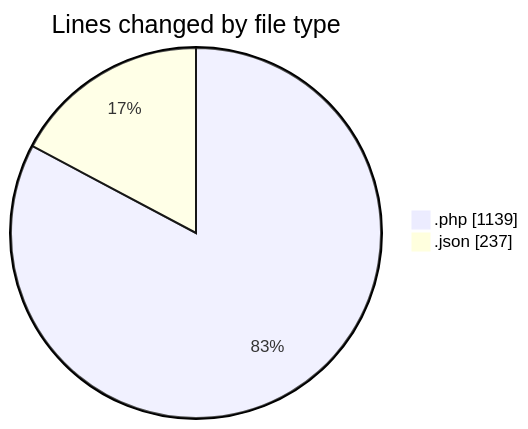
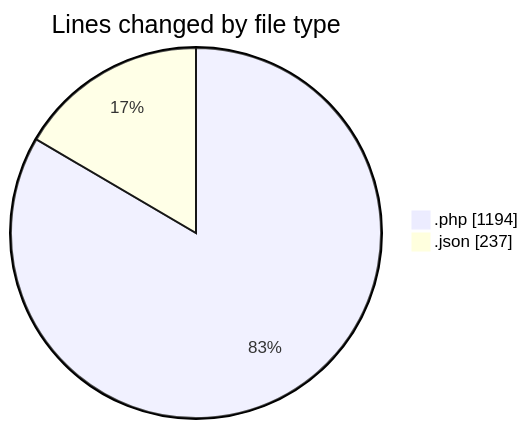
Before and after one commit to idhammustaqopulfikri/code-tracking: the first of 2 diagrams in 2025-05-28/studio-backend/README.md, drawn with Mermaid. The commit also changed other lines of this file and 1 other file, not shown here.

````diff
--- a/2025-05-28/studio-backend/README.md
+++ b/2025-05-28/studio-backend/README.md
@@ -38,6 +38,6 @@
 ```mermaid
 pie showData
 title Lines changed by file type
-".php" : 1139
+".php" : 1194
 ".json" : 237
 ```
````
